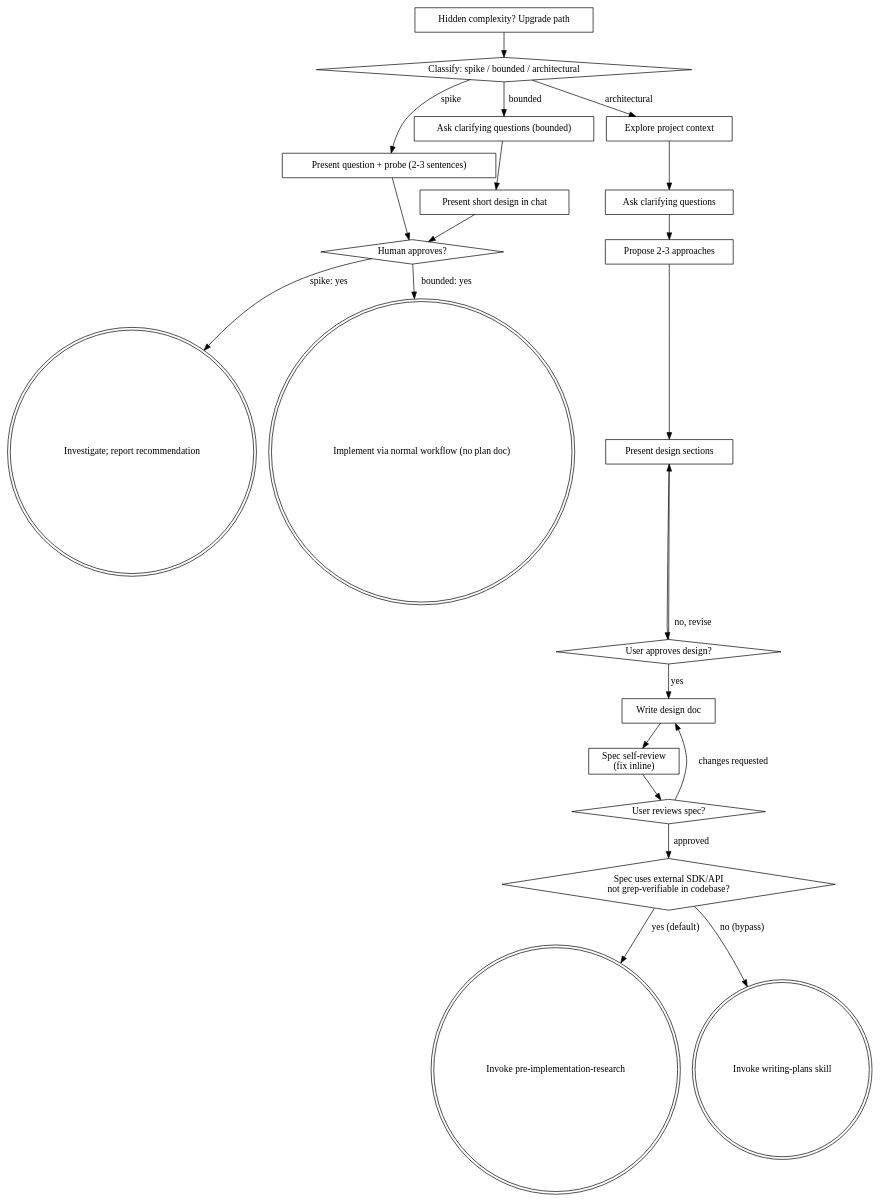
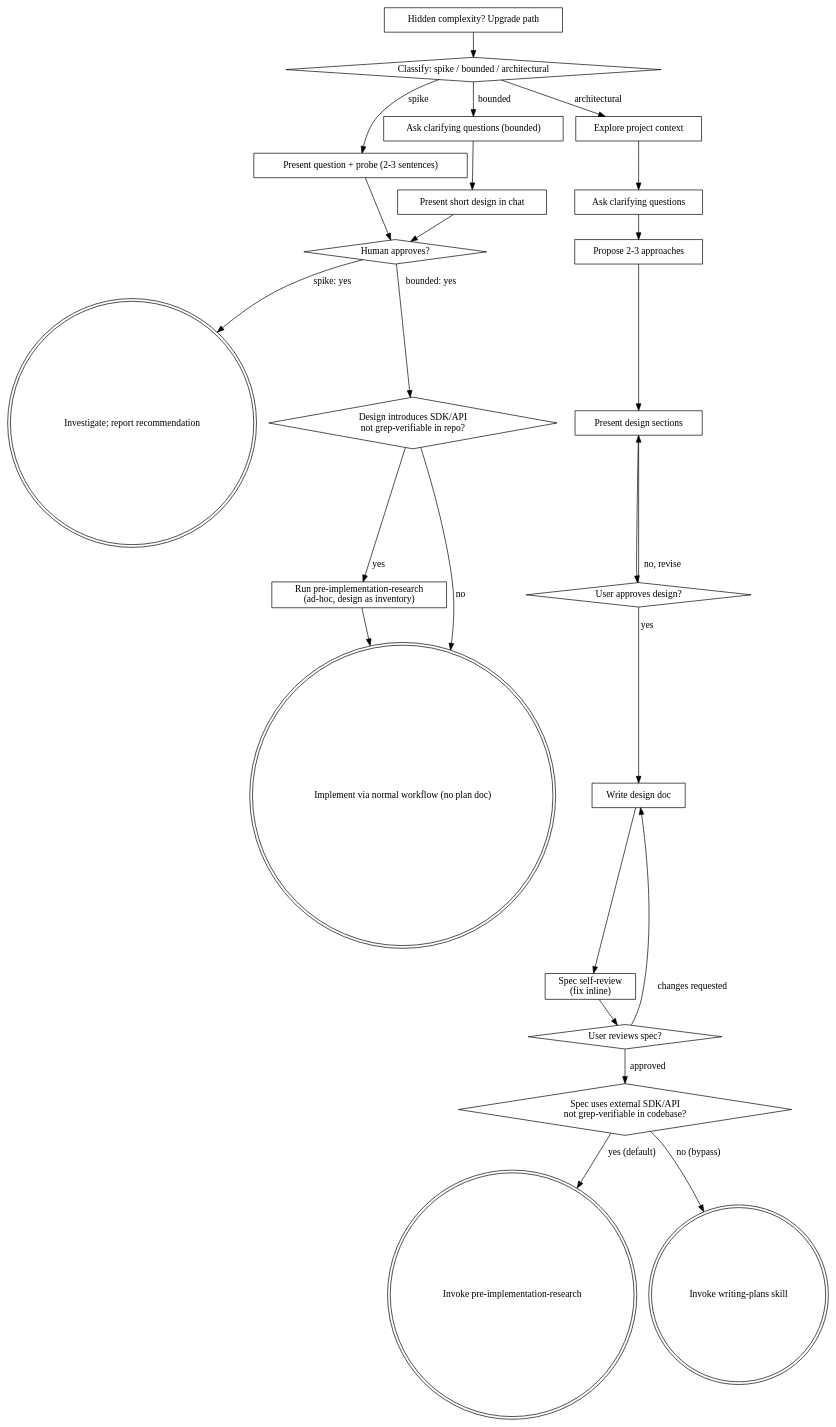
One commit to GiulioSurya/superpowers changed the diagram in skills/brainstorming/SKILL.md. Above: the diagram before and after it, drawn with Graphviz. The commit also changed other lines of this file and 2 other files, not shown here.

First line of the commit message:
Wire pre-implementation-research into brainstorming's bounded path

````diff
--- a/skills/brainstorming/SKILL.md
+++ b/skills/brainstorming/SKILL.md
@@ -109,45 +111,50 @@
 ```dot
 digraph brainstorming {
     "Classify: spike / bounded / architectural" [shape=diamond];
     "Present question + probe (2-3 sentences)" [shape=box];
     "Ask clarifying questions (bounded)" [shape=box];
     "Present short design in chat" [shape=box];
     "Human approves?" [shape=diamond];
     "Investigate; report recommendation" [shape=doublecircle];
+    "Design introduces SDK/API\nnot grep-verifiable in repo?" [shape=diamond];
+    "Run pre-implementation-research\n(ad-hoc, design as inventory)" [shape=box];
     "Implement via normal workflow (no plan doc)" [shape=doublecircle];
     "Explore project context" [shape=box];
     "Ask clarifying questions" [shape=box];
     "Propose 2-3 approaches" [shape=box];
     "Present design sections" [shape=box];
     "User approves design?" [shape=diamond];
     "Write design doc" [shape=box];
     "Spec self-review\n(fix inline)" [shape=box];
     "User reviews spec?" [shape=diamond];
     "Spec uses external SDK/API\nnot grep-verifiable in codebase?" [shape=diamond];
     "Invoke pre-implementation-research" [shape=doublecircle];
     "Invoke writing-plans skill" [shape=doublecircle];
     "Hidden complexity? Upgrade path" [shape=box];
 
     "Classify: spike / bounded / architectural" -> "Present question + probe (2-3 sentences)" [label="spike"];
     "Classify: spike / bounded / architectural" -> "Ask clarifying questions (bounded)" [label="bounded"];
     "Classify: spike / bounded / architectural" -> "Explore project context" [label="architectural"];
     "Present question + probe (2-3 sentences)" -> "Human approves?";
     "Ask clarifying questions (bounded)" -> "Present short design in chat";
     "Present short design in chat" -> "Human approves?";
     "Human approves?" -> "Investigate; report recommendation" [label="spike: yes"];
-    "Human approves?" -> "Implement via normal workflow (no plan doc)" [label="bounded: yes"];
+    "Human approves?" -> "Design introduces SDK/API\nnot grep-verifiable in repo?" [label="bounded: yes"];
+    "Design introduces SDK/API\nnot grep-verifiable in repo?" -> "Run pre-implementation-research\n(ad-hoc, design as inventory)" [label="yes"];
+    "Design introduces SDK/API\nnot grep-verifiable in repo?" -> "Implement via normal workflow (no plan doc)" [label="no"];
+    "Run pre-implementation-research\n(ad-hoc, design as inventory)" -> "Implement via normal workflow (no plan doc)";
     "Hidden complexity? Upgrade path" -> "Classify: spike / bounded / architectural";
     "Explore project context" -> "Ask clarifying questions";
     "Ask clarifying questions" -> "Propose 2-3 approaches";
     "Propose 2-3 approaches" -> "Present design sections";
     "Present design sections" -> "User approves design?";
     "User approves design?" -> "Present design sections" [label="no, revise"];
     "User approves design?" -> "Write design doc" [label="yes"];
     "Write design doc" -> "Spec self-review\n(fix inline)";
     "Spec self-review\n(fix inline)" -> "User reviews spec?";
     "User reviews spec?" -> "Write design doc" [label="changes requested"];
     "User reviews spec?" -> "Spec uses external SDK/API\nnot grep-verifiable in codebase?" [label="approved"];
     "Spec uses external SDK/API\nnot grep-verifiable in codebase?" -> "Invoke pre-implementation-research" [label="yes (default)"];
     "Spec uses external SDK/API\nnot grep-verifiable in codebase?" -> "Invoke writing-plans skill" [label="no (bypass)"];
 }
 ```
````
